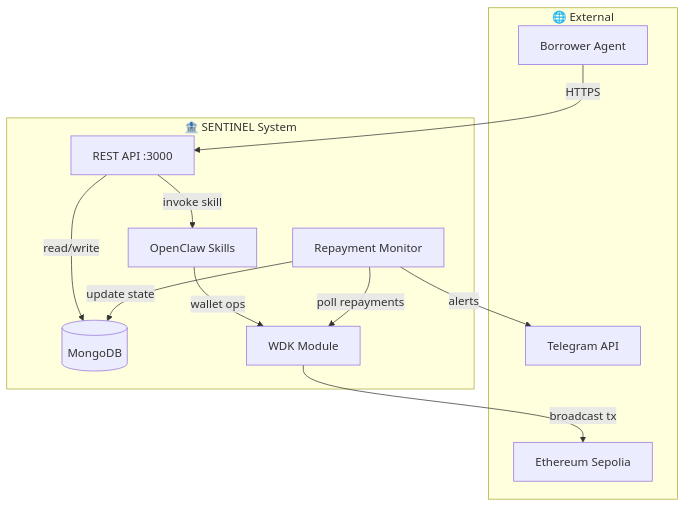
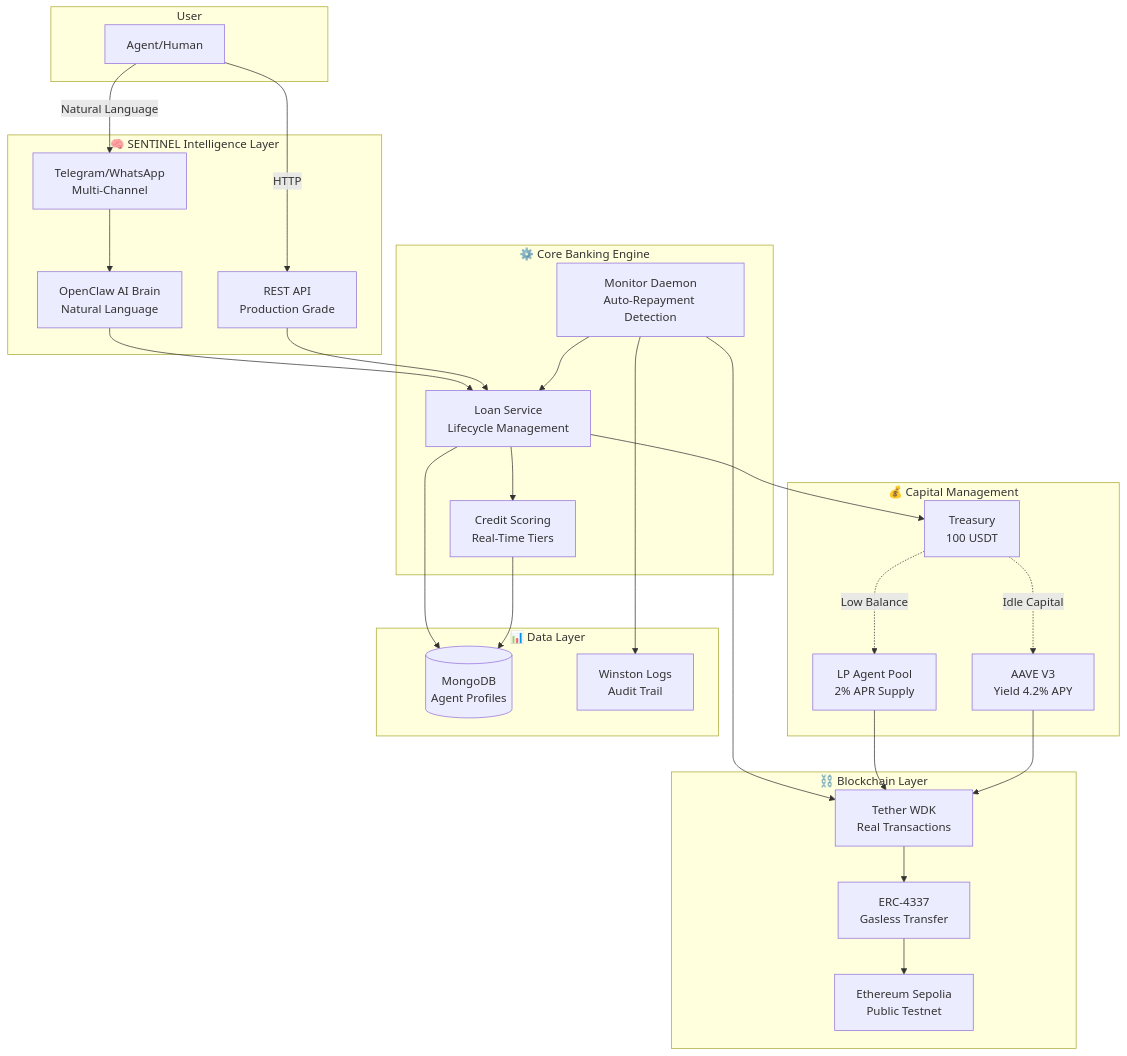
Before and after one commit to Neurvinch/neurvinial: the diagram in README.md, drawn with Mermaid. The commit also changed other lines of this file, not shown here.

Commit message:
Implement feature X to enhance user experience and optimize performance

````diff
--- a/README.md
+++ b/README.md
@@ -28,25 +211,54 @@
 ```mermaid
 graph TB
-    subgraph External["🌐 External"]
-        BA[Borrower Agent]
-        TG[Telegram API]
-        ETH[Ethereum Sepolia]
+    subgraph User
+        U[Agent/Human]
     end
 
-    subgraph Sentinel["🏦 SENTINEL System"]
-        API[REST API :3000]
-        OC[OpenClaw Skills]
-        MON[Repayment Monitor]
-        DB[(MongoDB)]
-        WDK[WDK Module]
+    subgraph Sentinel["🧠 SENTINEL Intelligence Layer"]
+        OC[OpenClaw AI Brain<br/>Natural Language]
+        BOT[Telegram/WhatsApp<br/>Multi-Channel]
+        API[REST API<br/>Production Grade]
     end
 
-    BA-->|HTTPS|API
-    API-->|invoke skill|OC
-    API-->|read/write|DB
-    OC-->|wallet ops|WDK
-    MON-->|poll repayments|WDK
-    MON-->|update state|DB
-    MON-->|alerts|TG
-    WDK-->|broadcast tx|ETH
+    subgraph Core["⚙️ Core Banking Engine"]
+        LOAN[Loan Service<br/>Lifecycle Management]
+        CREDIT[Credit Scoring<br/>Real-Time Tiers]
+        MON[Monitor Daemon<br/>Auto-Repayment Detection]
+    end
+
+    subgraph Capital["💰 Capital Management"]
+        LP[LP Agent Pool<br/>2% APR Supply]
+        AAVE[AAVE V3<br/>Yield 4.2% APY]
+        TREAS[Treasury<br/>100 USDT]
+    end
+
+    subgraph Blockchain["⛓️ Blockchain Layer"]
+        WDK[Tether WDK<br/>Real Transactions]
+        ERC[ERC-4337<br/>Gasless Transfer]
+        ETH[Ethereum Sepolia<br/>Public Testnet]
+    end
+
+    subgraph Data["📊 Data Layer"]
+        DB[(MongoDB<br/>Agent Profiles)]
+        LOGS[Winston Logs<br/>Audit Trail]
+    end
+
+    U -->|Natural Language| BOT
+    U -->|HTTP| API
+    BOT --> OC
+    OC --> LOAN
+    API --> LOAN
+    LOAN --> CREDIT
+    LOAN --> TREAS
+    MON --> WDK
+    MON --> LOAN
+    TREAS -.Low Balance.-> LP
+    TREAS -.Idle Capital.-> AAVE
+    LP --> WDK
+    AAVE --> WDK
+    WDK --> ERC
+    ERC --> ETH
+    LOAN --> DB
+    CREDIT --> DB
+    MON --> LOGS
 ```
````
